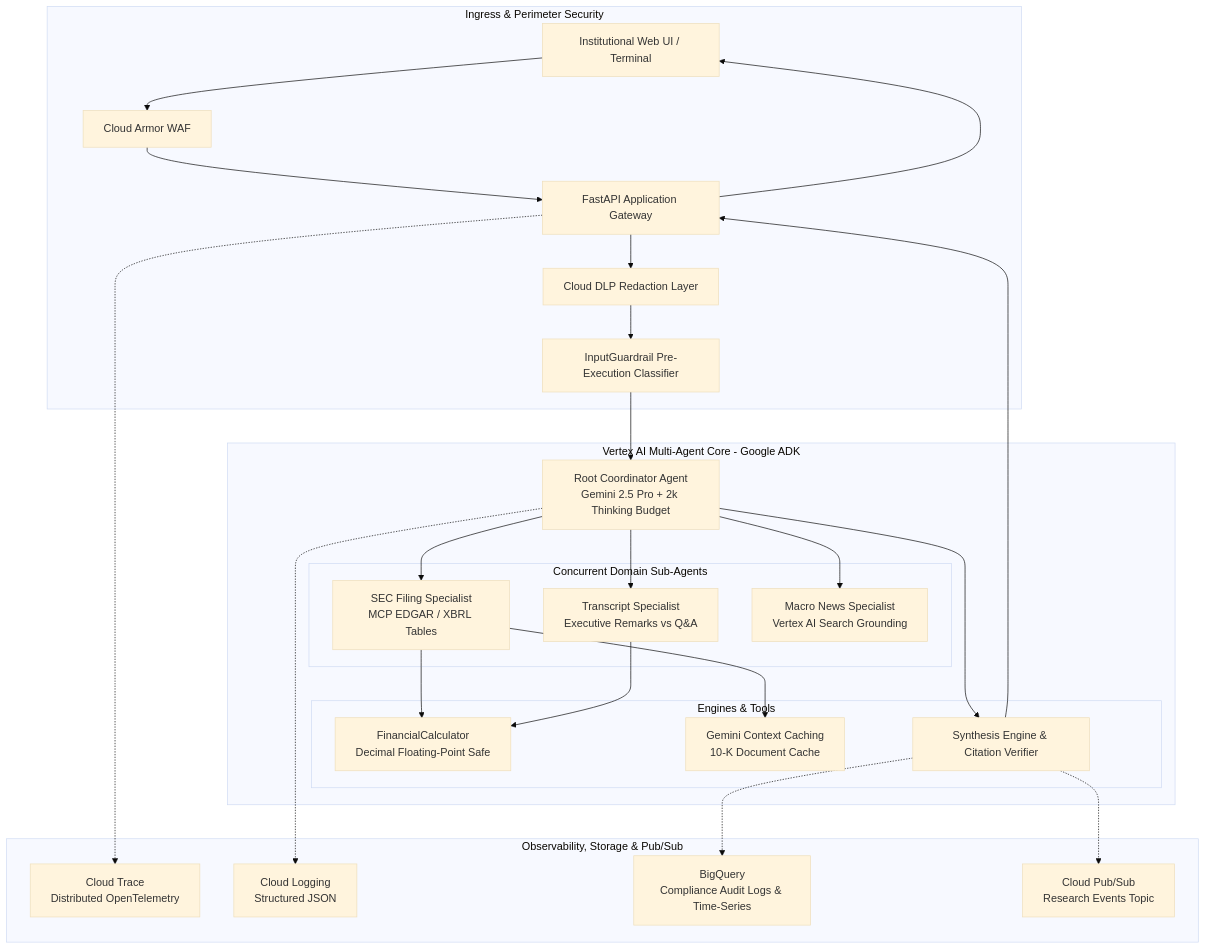
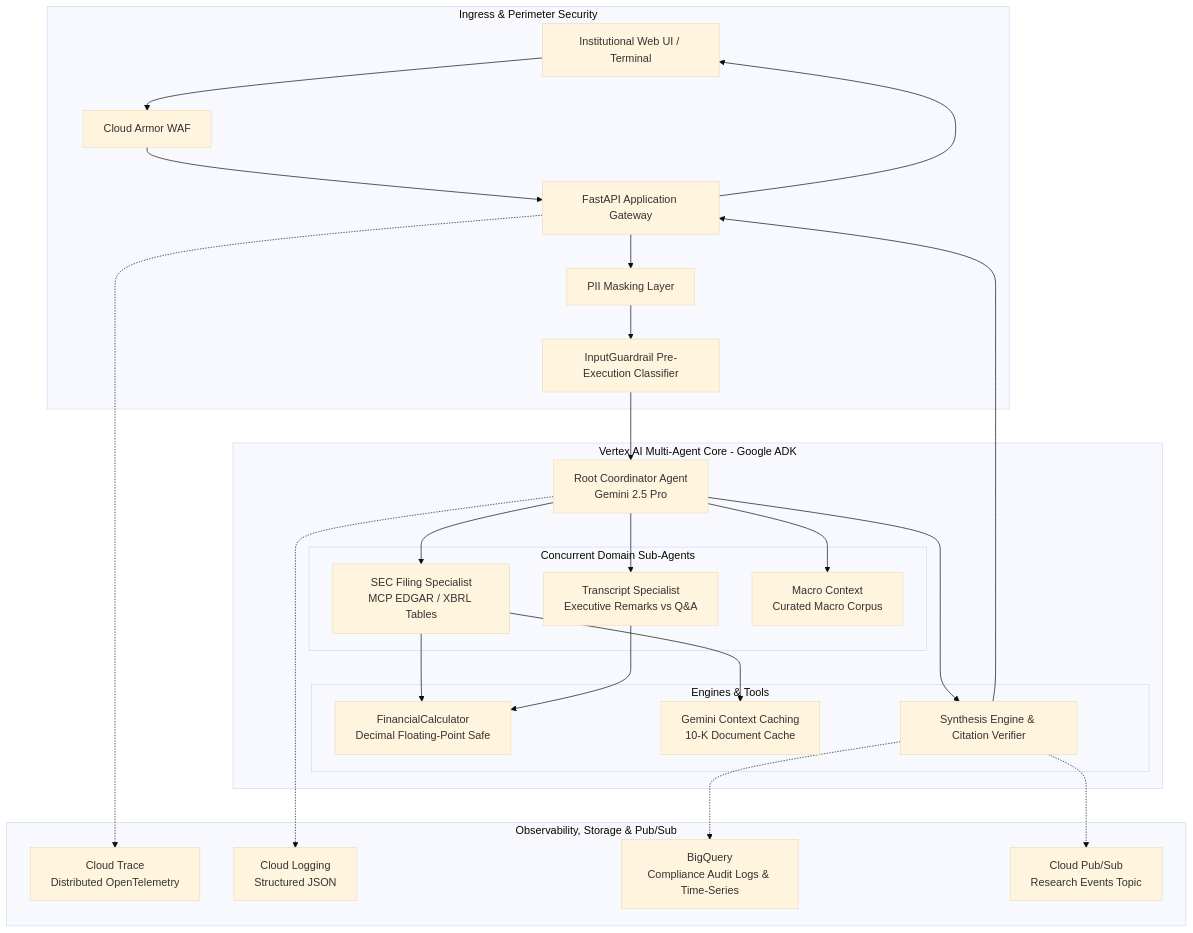
One commit to Ignotus-21/Finance-Agent---Investment-Research-Agent changed the first of 2 diagrams in docs/final_project_report.md. Above: the diagram before and after it, drawn with Mermaid (base theme). The commit also changed other lines of this file and 27 other files, not shown here.

````diff
--- a/docs/final_project_report.md
+++ b/docs/final_project_report.md
@@ -30,48 +30,48 @@
 ```mermaid
 graph TB
     subgraph Ingress [Ingress & Perimeter Security]
         Client[Institutional Web UI / Terminal]
         WAF[Cloud Armor WAF]
         FastAPI[FastAPI Application Gateway]
-        DLP[Cloud DLP Redaction Layer]
+        DLP[PII Masking Layer]
         Guard[InputGuardrail Pre-Execution Classifier]
     end
 
     subgraph AgenticCore [Vertex AI Multi-Agent Core - Google ADK]
-        Root[Root Coordinator Agent<br/>Gemini 2.5 Pro + 2k Thinking Budget]
+        Root[Root Coordinator Agent<br/>Gemini 2.5 Pro]
 
         subgraph SubAgents [Concurrent Domain Sub-Agents]
             SEC[SEC Filing Specialist<br/>MCP EDGAR / XBRL Tables]
             Trans[Transcript Specialist<br/>Executive Remarks vs Q&A]
-            Macro[Macro News Specialist<br/>Vertex AI Search Grounding]
+            Macro[Macro Context<br/>Curated Macro Corpus]
         end
 
         subgraph DeterministicEngines [Engines & Tools]
             Calc[FinancialCalculator<br/>Decimal Floating-Point Safe]
             Cache[Gemini Context Caching<br/>10-K Document Cache]
             Synth[Synthesis Engine & Citation Verifier]
         end
     end
 
     subgraph Operations [Observability, Storage & Pub/Sub]
         Trace[Cloud Trace<br/>Distributed OpenTelemetry]
         Logging[Cloud Logging<br/>Structured JSON]
         BigQuery[BigQuery<br/>Compliance Audit Logs & Time-Series]
         PubSub[Cloud Pub/Sub<br/>Research Events Topic]
     end
 
     Client --> WAF --> FastAPI --> DLP --> Guard --> Root
     Root --> SEC
     Root --> Trans
     Root --> Macro
     SEC --> Cache
     SEC --> Calc
     Trans --> Calc
     Root --> Synth
     Synth --> FastAPI --> Client
 
     FastAPI -.-> Trace
     Root -.-> Logging
     Synth -.-> BigQuery
     Synth -.-> PubSub
 ```
````
